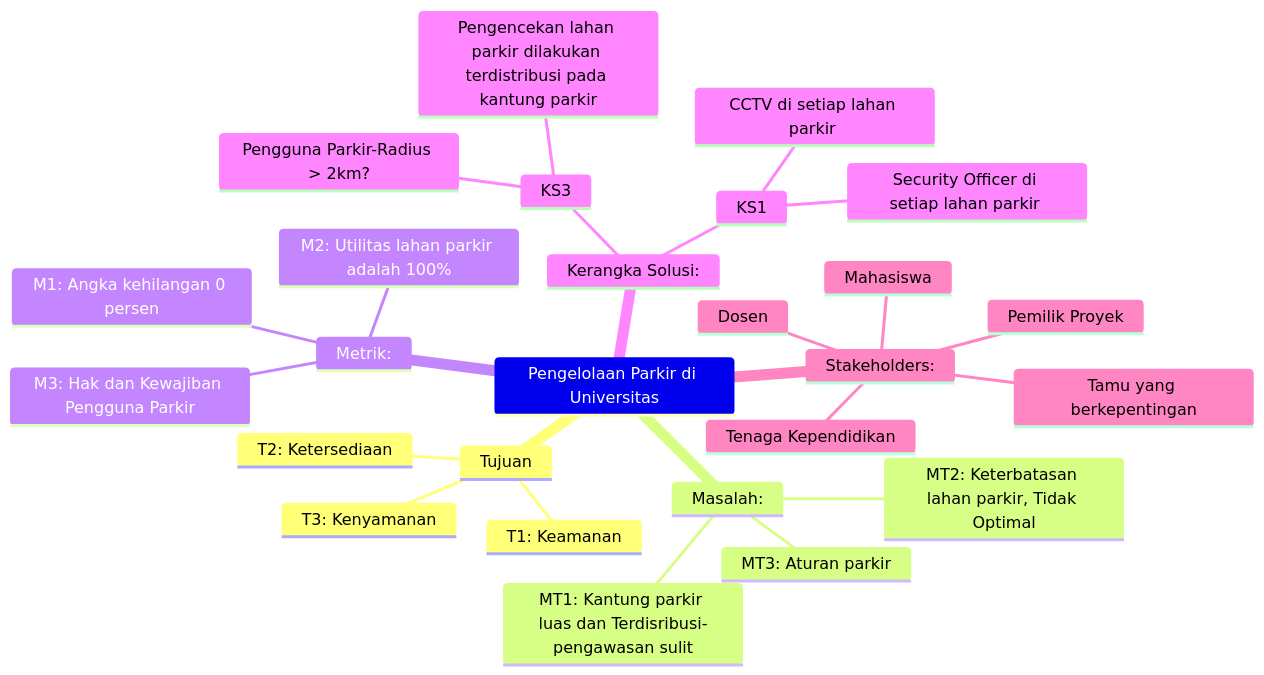
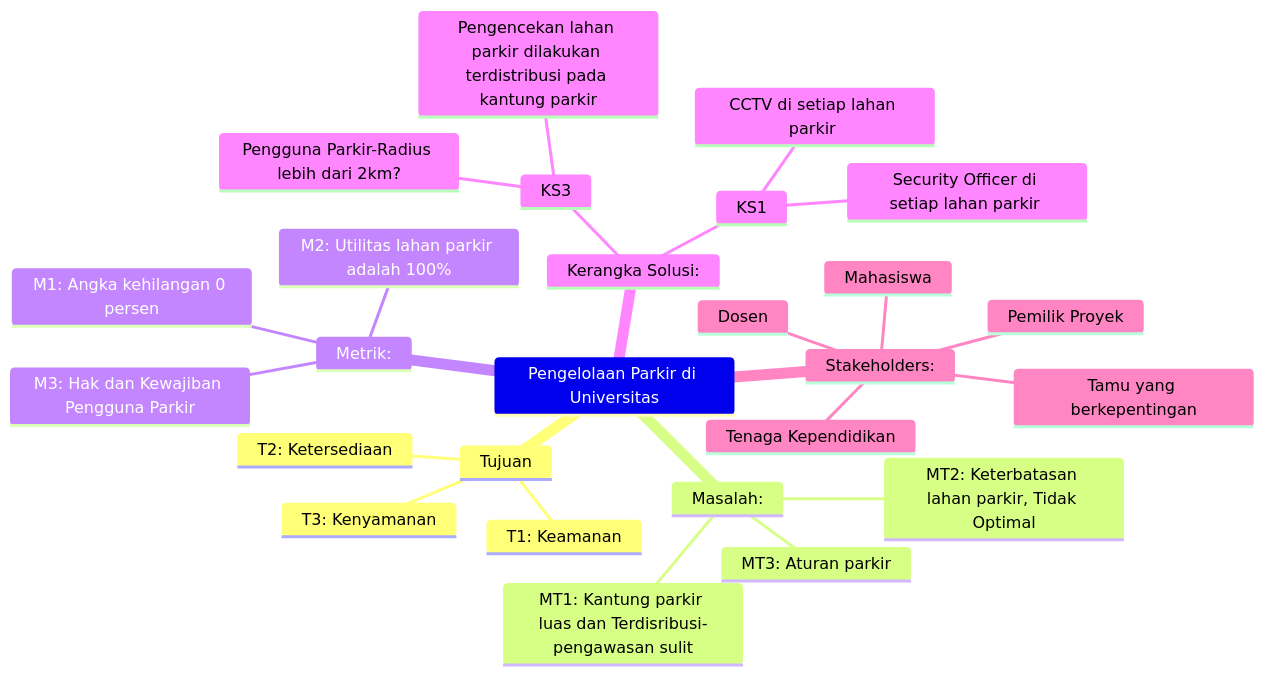
One commit to hydekage/Kuliah-PIK changed the diagram in mindmap-parkir.mmd. Above: the diagram before and after it, drawn with Mermaid.

Commit message:
Push to github

```diff
--- a/mindmap-parkir.mmd
+++ b/mindmap-parkir.mmd
@@ -1,27 +1,27 @@
 mindmap
     Pengelolaan Parkir di Universitas
         Tujuan
             T1: Keamanan
             T2: Ketersediaan
             T3: Kenyamanan
         Masalah:
             MT1: Kantung parkir luas dan Terdisribusi-pengawasan sulit
             MT2: Keterbatasan lahan parkir, Tidak Optimal
             MT3: Aturan parkir
         Metrik:
             M1: Angka kehilangan 0 persen
             M2: Utilitas lahan parkir adalah 100%
             M3: Hak dan Kewajiban Pengguna Parkir
         Kerangka Solusi:
             KS3
-                Pengguna Parkir-Radius > 2km?
+                Pengguna Parkir-Radius lebih dari 2km?
                 Pengencekan lahan parkir dilakukan terdistribusi pada kantung parkir
             KS1
                 Security Officer di setiap lahan parkir 
                 CCTV di setiap lahan parkir 
         Stakeholders:
             Dosen
             Mahasiswa
             Tenaga Kependidikan
             Tamu yang berkepentingan
             Pemilik Proyek
```
